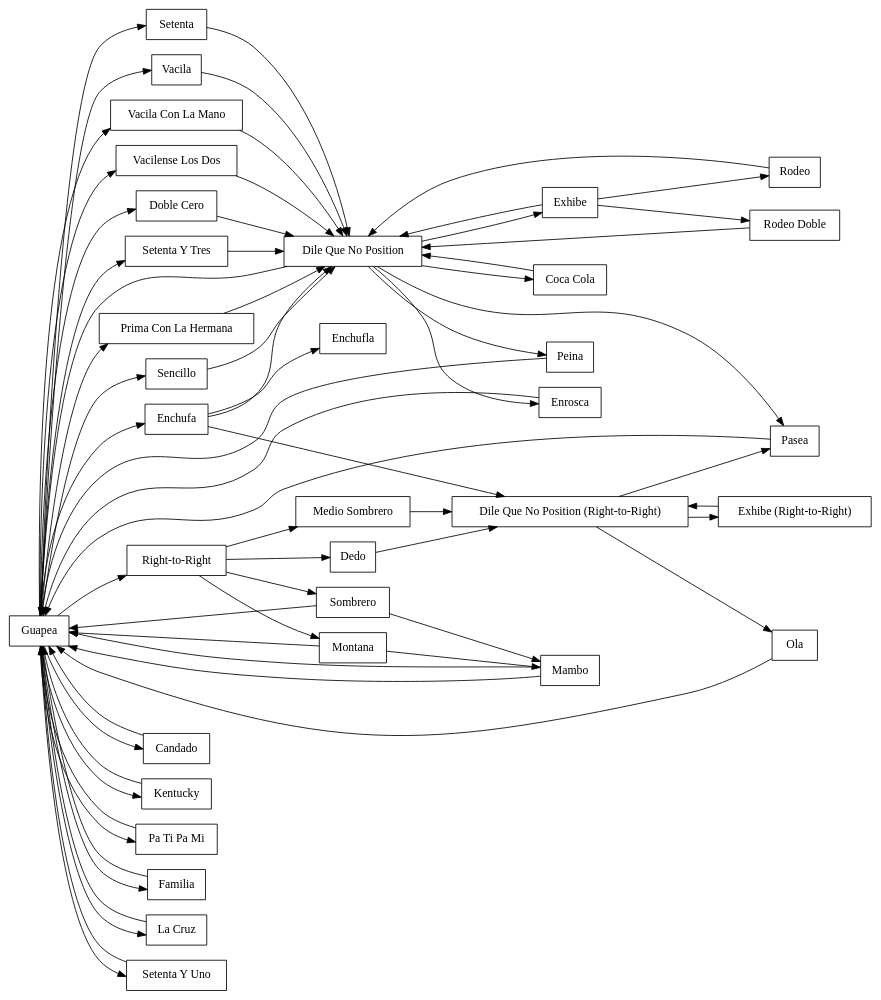
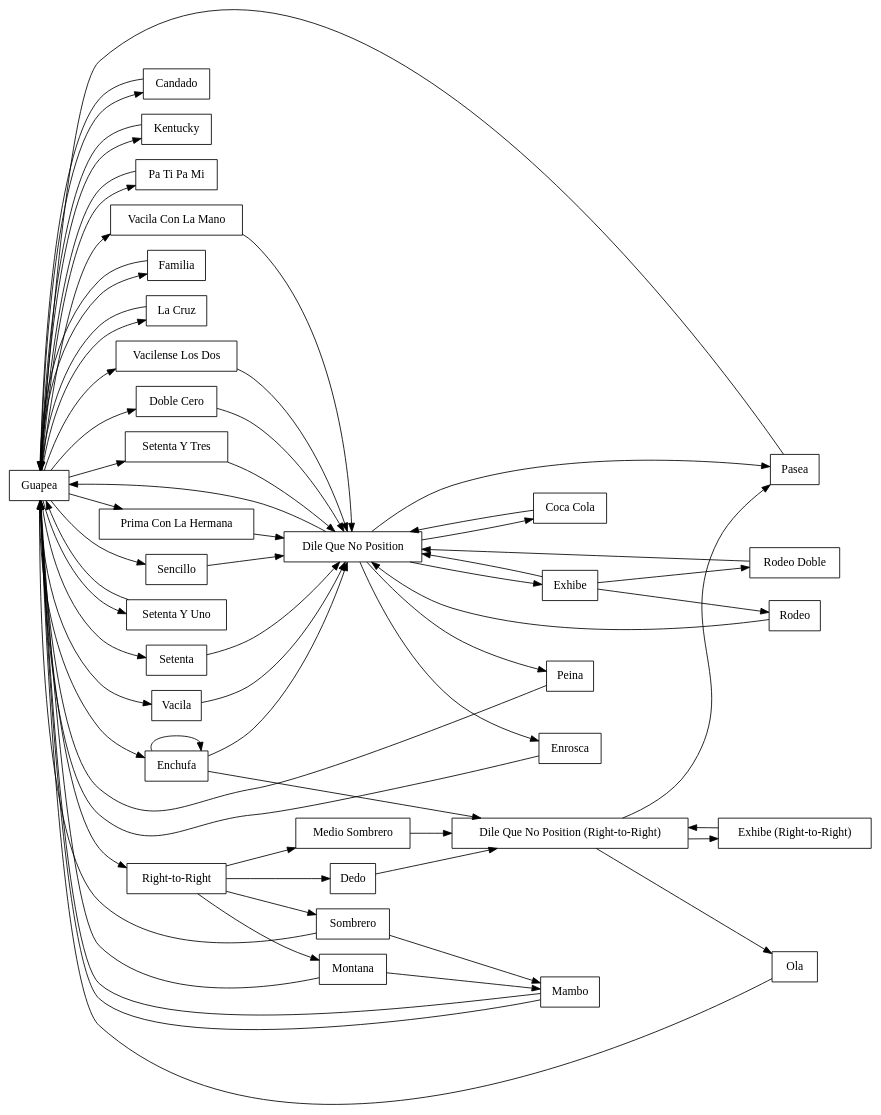
The diagram in social.dot (adharsh/Salsa), drawn with Graphviz before and after one commit. The commit also changed 4 other files, not shown here.

```diff
--- a/social.dot
+++ b/social.dot
@@ -1,91 +1,91 @@
 
 /*
 Notes
 - Guapea can be skipped
 - Rueda moves, add *, can be disabled
 
 Others:
 - https://bachatasteps.com/?topic=salsa&options=newest
 - https://www.makelinux.net/salsa/
 - guapea -> familia -> guapea, does it end in dilequeno?
 - tf is traslado?
 - la cruz ends in dile que no position or guapea?
 - exhibe (right-to-right), only option is pasea?
 
 Can all dile que no positions can be right-to-right?
 
 */
 
 digraph SalsaDanceMoves {
   rankdir=LR; 
   node [shape=box];
   edge [color=black];
 
   // Level 1
   Guapea -> Enchufa;
   Enchufa -> "Dile Que No Position";
   Enchufa -> "Dile Que No Position (Right-to-Right)";
   "Dile Que No Position" -> Guapea;
   "Dile Que No Position" -> Exhibe;
   "Dile Que No Position" -> Pasea;
   "Dile Que No Position (Right-to-Right)" -> Pasea;
   Pasea -> Guapea;
   Exhibe -> "Dile Que No Position";
   
   // Closed Position - usually only in beginning, so commented out
   // "Dile Que No Position" -> "Closed Position";
   // "Closed Position" -> "Caminamos Arriba" -> "Caminamos Abajo";
   // "Closed Position" -> "Caminamos Abajo" -> "Caminamos Arriba";
   // "Caminamos Arriba" -> Basico;
   // "Caminamos Abajo" -> Basico;
   // "Caminamos Arriba" -> "Lleva Abajo";
   // "Caminamos Abajo" -> "Lleva Abajo";
   // "Lleva Abajo" -> Exhibe;
 
   // Level 2a
-  Enchufa -> Enchufla;
+  Enchufa -> Enchufa;
   Guapea -> Candado -> Guapea;
   Guapea -> Kentucky -> Guapea;
   Guapea -> "Pa Ti Pa Mi" -> Guapea;
 
   // Level 2b
   Guapea -> "Prima Con La Hermana" -> "Dile Que No Position";
   Guapea -> Familia -> Guapea;
 
   // Level 2c
   Exhibe -> Rodeo -> "Dile Que No Position";
   Exhibe -> "Rodeo Doble" -> "Dile Que No Position";
   Guapea -> "La Cruz" -> Guapea;
 
   // Level 2d
   Guapea -> Sencillo -> "Dile Que No Position";
   Guapea -> Setenta -> "Dile Que No Position";
   //"Dile Que No Position" -> "Flare - Leader Left Arm Extension" -> Guapea;
 
   // Level 3a
   Guapea -> Vacila -> "Dile Que No Position";
   Guapea -> "Vacila Con La Mano" -> "Dile Que No Position";
   Guapea -> "Vacilense Los Dos" -> "Dile Que No Position";
   Guapea -> "Right-to-Right";
   "Right-to-Right" -> "Medio Sombrero" -> "Dile Que No Position (Right-to-Right)";
   "Dile Que No Position (Right-to-Right)" -> "Exhibe (Right-to-Right)" -> "Dile Que No Position (Right-to-Right)";
 
   // Level 3b
   "Right-to-Right" -> Sombrero -> Guapea;
   Sombrero -> Mambo -> Guapea;
   "Dile Que No Position (Right-to-Right)" -> Ola -> Guapea;
   "Right-to-Right" -> Dedo -> "Dile Que No Position (Right-to-Right)";
   "Right-to-Right" -> Montana -> Guapea;
   Montana -> Mambo -> Guapea;
   //"Dile Que No Position (Right-to-Right)" -> "Flare - Leader Left Arm Extension" -> "Dile Que No Position (Right-to-Right)";
 
   // Level 3c
   "Dile Que No Position" -> Peina -> Guapea;
   "Dile Que No Position" -> Enrosca -> Guapea;
   Guapea -> "Setenta Y Uno" -> Guapea;
   "Dile Que No Position" -> "Coca Cola" -> "Dile Que No Position";
 
   // Level 3d
   Guapea -> "Doble Cero" -> "Dile Que No Position";
   Guapea -> "Setenta Y Tres" -> "Dile Que No Position";
 }
```
